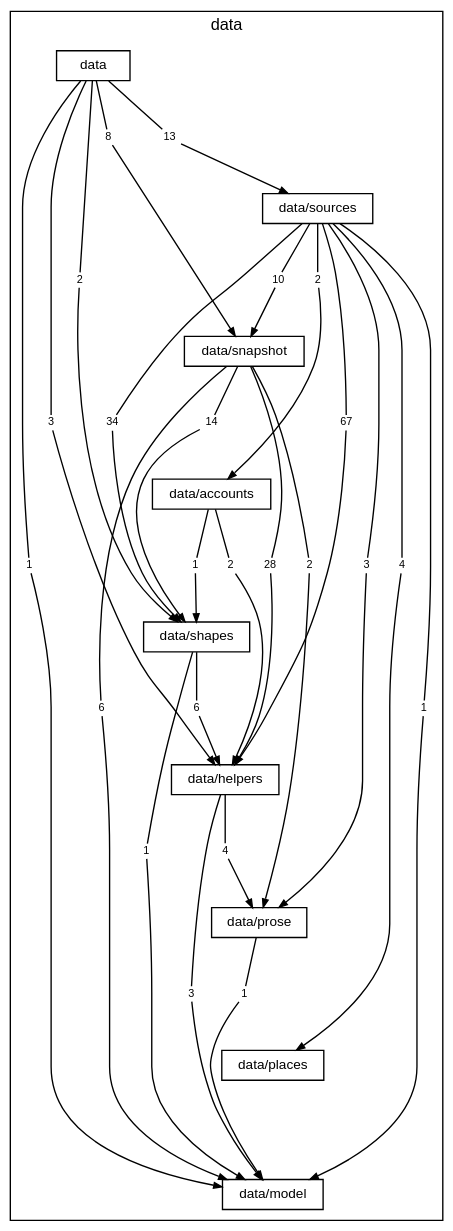
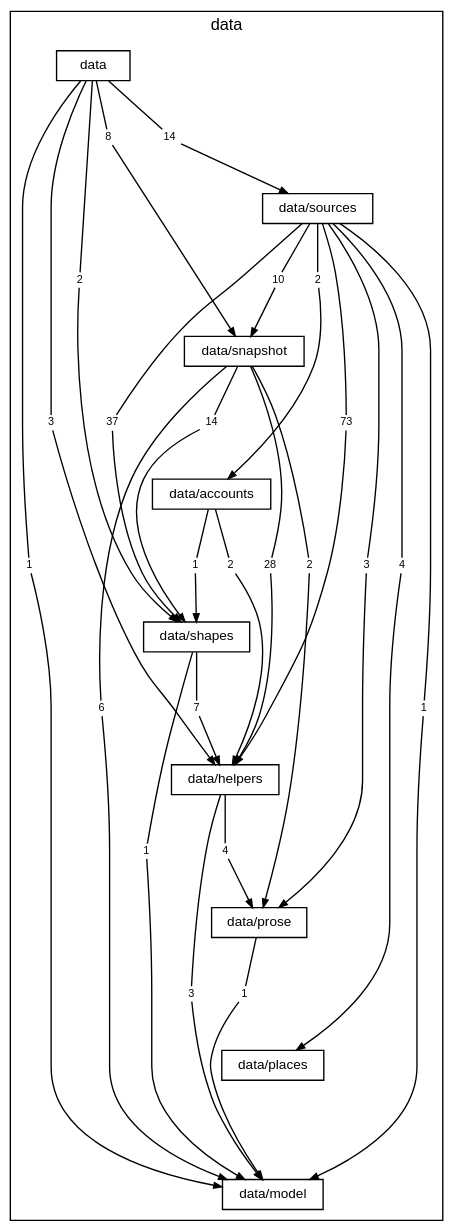
Before and after one commit to TheAxeC/oculus: the diagram in docs/diagrams/layer-data.dot, drawn with Graphviz. The commit also changed 180 other files, not shown here.

```diff
--- a/docs/diagrams/layer-data.dot
+++ b/docs/diagrams/layer-data.dot
@@ -1,94 +1,94 @@
 digraph layer_data {
     graph [bgcolor="transparent", rankdir=TB, newrank=true, mclimit=4, fontname="Helvetica", fontsize=12, nodesep=0.2, ranksep=0.5];
     node [shape=box, color="black", fontcolor="black", fontname="Helvetica", fontsize=10, height=0.3, margin="0.12,0.04"];
     edge [color="black", fontcolor="black", fontname="Helvetica", fontsize=8, arrowsize=0.6];
     subgraph "cluster_data" {
         label="data"; style=solid;
         "folder data" [label="data"];
         "folder data/sources" [label="data/sources"];
         "folder data/snapshot" [label="data/snapshot"];
         "folder data/accounts" [label="data/accounts"];
         "folder data/shapes" [label="data/shapes"];
         "folder data/helpers" [label="data/helpers"];
         "folder data/prose" [label="data/prose"];
         "folder data/places" [label="data/places"];
         "folder data/model" [label="data/model"];
         "folder data to folder data/helpers" [label="3", shape=box, color="transparent", fontsize=8, width=0, height=0, margin="0.04,0.02"];
         "folder data to folder data/model" [label="1", shape=box, color="transparent", fontsize=8, width=0, height=0, margin="0.04,0.02"];
         "folder data to folder data/shapes" [label="2", shape=box, color="transparent", fontsize=8, width=0, height=0, margin="0.04,0.02"];
         "folder data to folder data/snapshot" [label="8", shape=box, color="transparent", fontsize=8, width=0, height=0, margin="0.04,0.02"];
-        "folder data to folder data/sources" [label="13", shape=box, color="transparent", fontsize=8, width=0, height=0, margin="0.04,0.02"];
+        "folder data to folder data/sources" [label="14", shape=box, color="transparent", fontsize=8, width=0, height=0, margin="0.04,0.02"];
         "folder data/sources to folder data/accounts" [label="2", shape=box, color="transparent", fontsize=8, width=0, height=0, margin="0.04,0.02"];
-        "folder data/sources to folder data/helpers" [label="67", shape=box, color="transparent", fontsize=8, width=0, height=0, margin="0.04,0.02"];
+        "folder data/sources to folder data/helpers" [label="73", shape=box, color="transparent", fontsize=8, width=0, height=0, margin="0.04,0.02"];
         "folder data/sources to folder data/model" [label="1", shape=box, color="transparent", fontsize=8, width=0, height=0, margin="0.04,0.02"];
         "folder data/sources to folder data/places" [label="4", shape=box, color="transparent", fontsize=8, width=0, height=0, margin="0.04,0.02"];
         "folder data/sources to folder data/prose" [label="3", shape=box, color="transparent", fontsize=8, width=0, height=0, margin="0.04,0.02"];
-        "folder data/sources to folder data/shapes" [label="34", shape=box, color="transparent", fontsize=8, width=0, height=0, margin="0.04,0.02"];
+        "folder data/sources to folder data/shapes" [label="37", shape=box, color="transparent", fontsize=8, width=0, height=0, margin="0.04,0.02"];
         "folder data/sources to folder data/snapshot" [label="10", shape=box, color="transparent", fontsize=8, width=0, height=0, margin="0.04,0.02"];
         "folder data/snapshot to folder data/helpers" [label="28", shape=box, color="transparent", fontsize=8, width=0, height=0, margin="0.04,0.02"];
         "folder data/snapshot to folder data/model" [label="6", shape=box, color="transparent", fontsize=8, width=0, height=0, margin="0.04,0.02"];
         "folder data/snapshot to folder data/prose" [label="2", shape=box, color="transparent", fontsize=8, width=0, height=0, margin="0.04,0.02"];
         "folder data/snapshot to folder data/shapes" [label="14", shape=box, color="transparent", fontsize=8, width=0, height=0, margin="0.04,0.02"];
         "folder data/accounts to folder data/helpers" [label="2", shape=box, color="transparent", fontsize=8, width=0, height=0, margin="0.04,0.02"];
         "folder data/accounts to folder data/shapes" [label="1", shape=box, color="transparent", fontsize=8, width=0, height=0, margin="0.04,0.02"];
-        "folder data/shapes to folder data/helpers" [label="6", shape=box, color="transparent", fontsize=8, width=0, height=0, margin="0.04,0.02"];
+        "folder data/shapes to folder data/helpers" [label="7", shape=box, color="transparent", fontsize=8, width=0, height=0, margin="0.04,0.02"];
         "folder data/shapes to folder data/model" [label="1", shape=box, color="transparent", fontsize=8, width=0, height=0, margin="0.04,0.02"];
         "folder data/helpers to folder data/model" [label="3", shape=box, color="transparent", fontsize=8, width=0, height=0, margin="0.04,0.02"];
         "folder data/helpers to folder data/prose" [label="4", shape=box, color="transparent", fontsize=8, width=0, height=0, margin="0.04,0.02"];
         "folder data/prose to folder data/model" [label="1", shape=box, color="transparent", fontsize=8, width=0, height=0, margin="0.04,0.02"];
     }
     "folder data" -> "folder data/sources" [style=invis, weight=10, minlen=2];
     "folder data/sources" -> "folder data/snapshot" [style=invis, weight=10, minlen=2];
     "folder data/snapshot" -> "folder data/accounts" [style=invis, weight=10, minlen=2];
     "folder data/accounts" -> "folder data/shapes" [style=invis, weight=10, minlen=2];
     "folder data/shapes" -> "folder data/helpers" [style=invis, weight=10, minlen=2];
     "folder data/helpers" -> "folder data/prose" [style=invis, weight=10, minlen=2];
     "folder data/prose" -> "folder data/places" [style=invis, weight=10, minlen=2];
     "folder data/places" -> "folder data/model" [style=invis, weight=10, minlen=2];
     "folder data" -> "folder data to folder data/helpers" [arrowhead=none, minlen=5, weight=10];
     "folder data to folder data/helpers" -> "folder data/helpers" [];
     "folder data" -> "folder data to folder data/model" [arrowhead=none, minlen=7, weight=10];
     "folder data to folder data/model" -> "folder data/model" [];
     "folder data" -> "folder data to folder data/shapes" [arrowhead=none, minlen=3, weight=10];
     "folder data to folder data/shapes" -> "folder data/shapes" [];
     "folder data" -> "folder data to folder data/snapshot" [arrowhead=none, minlen=1, weight=10];
     "folder data to folder data/snapshot" -> "folder data/snapshot" [];
     "folder data" -> "folder data to folder data/sources" [arrowhead=none, minlen=1, weight=10];
     "folder data to folder data/sources" -> "folder data/sources" [];
     "folder data/sources" -> "folder data/sources to folder data/accounts" [arrowhead=none, minlen=1, weight=10];
     "folder data/sources to folder data/accounts" -> "folder data/accounts" [];
     "folder data/sources" -> "folder data/sources to folder data/helpers" [arrowhead=none, minlen=3, weight=10];
     "folder data/sources to folder data/helpers" -> "folder data/helpers" [];
     "folder data/sources" -> "folder data/sources to folder data/model" [arrowhead=none, minlen=7, weight=10];
     "folder data/sources to folder data/model" -> "folder data/model" [];
     "folder data/sources" -> "folder data/sources to folder data/places" [arrowhead=none, minlen=5, weight=10];
     "folder data/sources to folder data/places" -> "folder data/places" [];
     "folder data/sources" -> "folder data/sources to folder data/prose" [arrowhead=none, minlen=5, weight=10];
     "folder data/sources to folder data/prose" -> "folder data/prose" [];
     "folder data/sources" -> "folder data/sources to folder data/shapes" [arrowhead=none, minlen=3, weight=10];
     "folder data/sources to folder data/shapes" -> "folder data/shapes" [];
     "folder data/sources" -> "folder data/sources to folder data/snapshot" [arrowhead=none, minlen=1, weight=10];
     "folder data/sources to folder data/snapshot" -> "folder data/snapshot" [];
     "folder data/snapshot" -> "folder data/snapshot to folder data/helpers" [arrowhead=none, minlen=3, weight=10];
     "folder data/snapshot to folder data/helpers" -> "folder data/helpers" [];
     "folder data/snapshot" -> "folder data/snapshot to folder data/model" [arrowhead=none, minlen=5, weight=10];
     "folder data/snapshot to folder data/model" -> "folder data/model" [];
     "folder data/snapshot" -> "folder data/snapshot to folder data/prose" [arrowhead=none, minlen=3, weight=10];
     "folder data/snapshot to folder data/prose" -> "folder data/prose" [];
     "folder data/snapshot" -> "folder data/snapshot to folder data/shapes" [arrowhead=none, minlen=1, weight=10];
     "folder data/snapshot to folder data/shapes" -> "folder data/shapes" [];
     "folder data/accounts" -> "folder data/accounts to folder data/helpers" [arrowhead=none, minlen=1, weight=10];
     "folder data/accounts to folder data/helpers" -> "folder data/helpers" [];
     "folder data/accounts" -> "folder data/accounts to folder data/shapes" [arrowhead=none, minlen=1, weight=10];
     "folder data/accounts to folder data/shapes" -> "folder data/shapes" [];
     "folder data/shapes" -> "folder data/shapes to folder data/helpers" [arrowhead=none, minlen=1, weight=10];
     "folder data/shapes to folder data/helpers" -> "folder data/helpers" [];
     "folder data/shapes" -> "folder data/shapes to folder data/model" [arrowhead=none, minlen=3, weight=10];
     "folder data/shapes to folder data/model" -> "folder data/model" [];
     "folder data/helpers" -> "folder data/helpers to folder data/model" [arrowhead=none, minlen=3, weight=10];
     "folder data/helpers to folder data/model" -> "folder data/model" [];
     "folder data/helpers" -> "folder data/helpers to folder data/prose" [arrowhead=none, minlen=1, weight=10];
     "folder data/helpers to folder data/prose" -> "folder data/prose" [];
     "folder data/prose" -> "folder data/prose to folder data/model" [arrowhead=none, minlen=1, weight=10];
     "folder data/prose to folder data/model" -> "folder data/model" [];
 }
```
